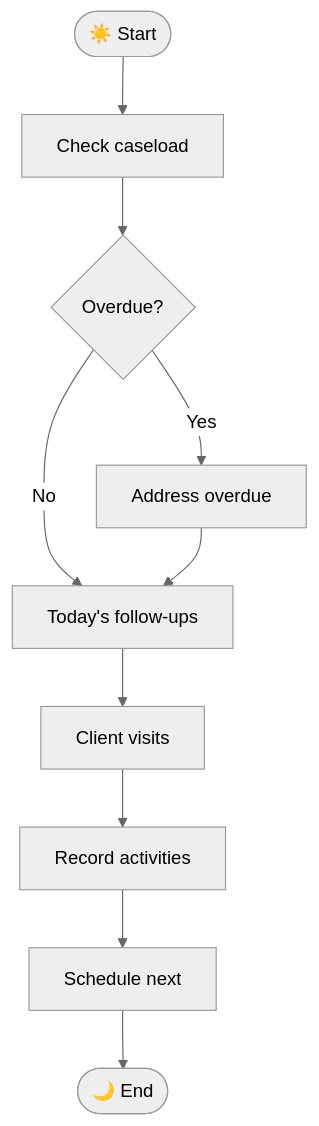
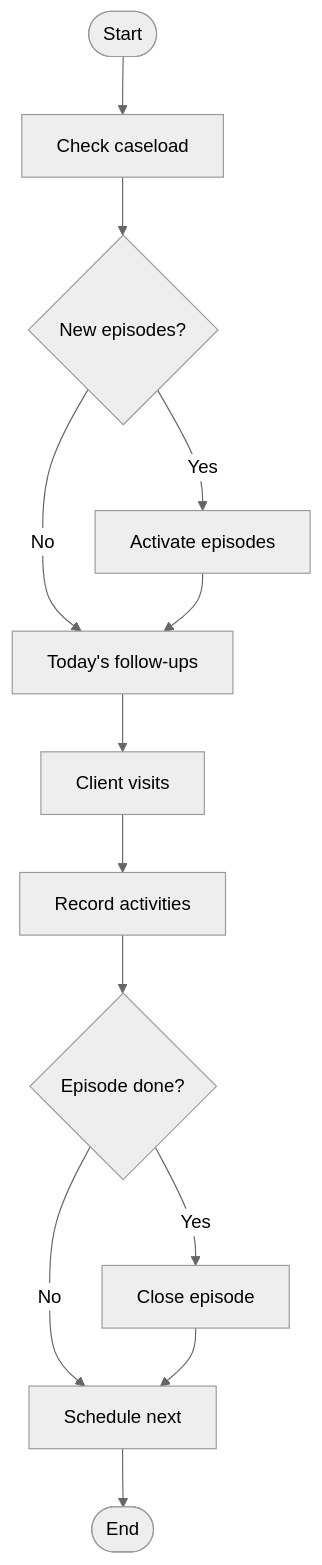
Before and after one commit to manaaki-tech/manaakicare-docs: the sixth of 6 diagrams in docs/getting-started/workflow-overview.mdx, drawn with Mermaid (neutral theme). The commit also changed other lines of this file, not shown here.

````diff
--- a/docs/getting-started/workflow-overview.mdx
+++ b/docs/getting-started/workflow-overview.mdx
@@ -253,22 +289,27 @@
 ```mermaid
 flowchart TB
-    start(["☀️ Start"])
+    start(["Start"])
     dashboard["Check caseload"]
-    overdue{"Overdue?"}
-    address["Address overdue"]
+    activate{"New episodes?"}
+    activate_ep["Activate episodes"]
     today["Today's follow-ups"]
     visits["Client visits"]
     record["Record activities"]
+    close{"Episode done?"}
+    close_ep["Close episode"]
     schedule["Schedule next"]
-    end_day(["🌙 End"])
+    end_day(["End"])
 
     start --> dashboard
-    dashboard --> overdue
-    overdue -->|"Yes"| address
-    overdue -->|"No"| today
-    address --> today
+    dashboard --> activate
+    activate -->|"Yes"| activate_ep
+    activate -->|"No"| today
+    activate_ep --> today
     today --> visits
     visits --> record
-    record --> schedule
+    record --> close
+    close -->|"Yes"| close_ep
+    close -->|"No"| schedule
+    close_ep --> schedule
     schedule --> end_day
 ```
````
